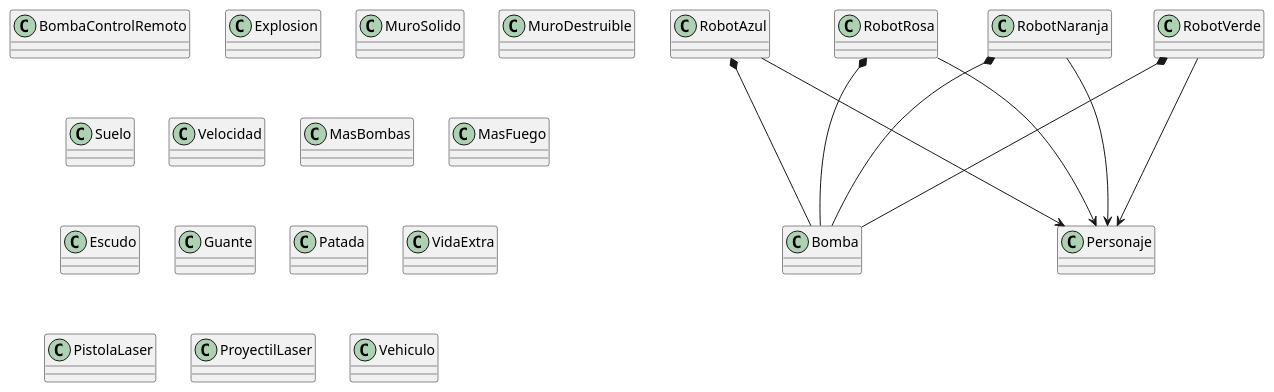
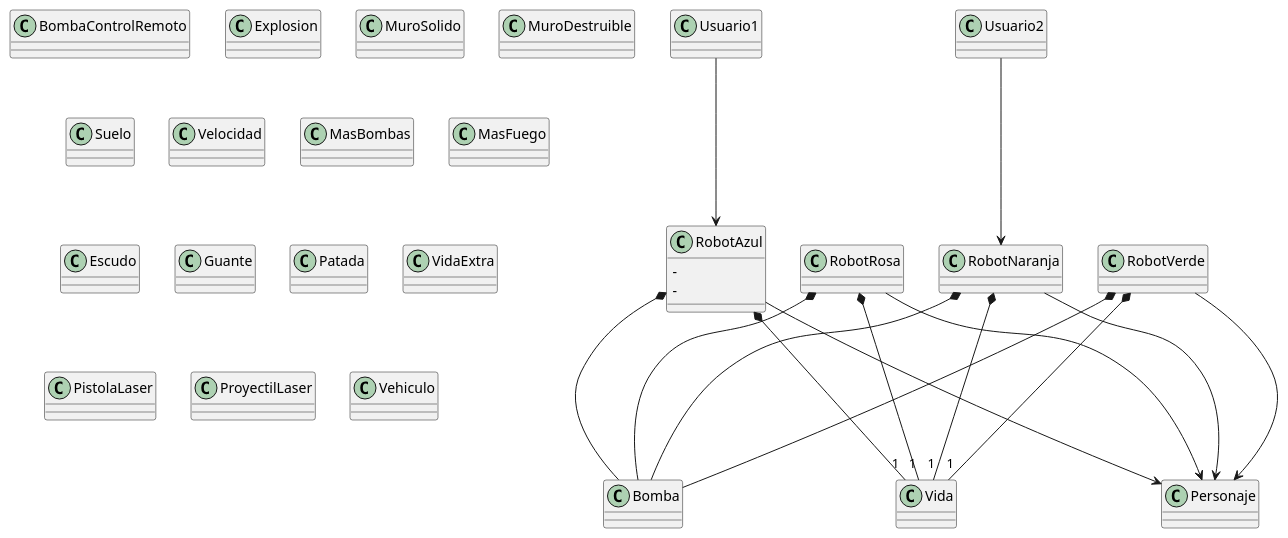
The diagram in Diagrma.puml (fernandoyaelsg/3E261), drawn with PlantUML before and after one commit.

Commit message:
Practica 3

```diff
--- a/Diagrma.puml
+++ b/Diagrma.puml
@@ -1,32 +1,49 @@
 @startuml
+class Usuario1
+class Usuario2
 class RobotAzul
 class RobotRosa
 class RobotNaranja
 class RobotVerde
 class Bomba
 class BombaControlRemoto
 class Explosion
 class MuroSolido
 class MuroDestruible
 class Suelo
 class Velocidad
 class MasBombas
 class MasFuego
 class Escudo
 class Guante
 class Patada
 class VidaExtra
 class PistolaLaser
 class ProyectilLaser
 class Vehiculo
+class Vida
+
+Usuario1--->RobotAzul
+Usuario2--->RobotNaranja
+
 
 RobotAzul--->Personaje
 RobotRosa--->Personaje
 RobotNaranja--->Personaje
 RobotVerde--->Personaje
 
 RobotAzul*---Bomba
 RobotRosa*---Bomba
 RobotNaranja*---Bomba
 RobotVerde*---Bomba
+
+RobotAzul *-- "1" Vida
+RobotRosa*--- "1" Vida
+RobotNaranja*---"1" Vida
+RobotVerde*--- "1" Vida
+
+Class RobotAzul{
+    -
+    -
+}
 @enduml
```
